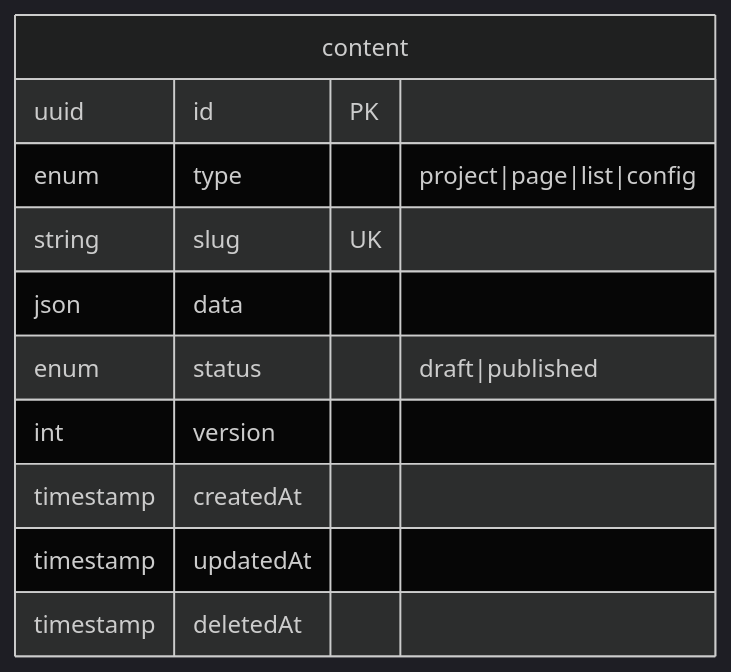
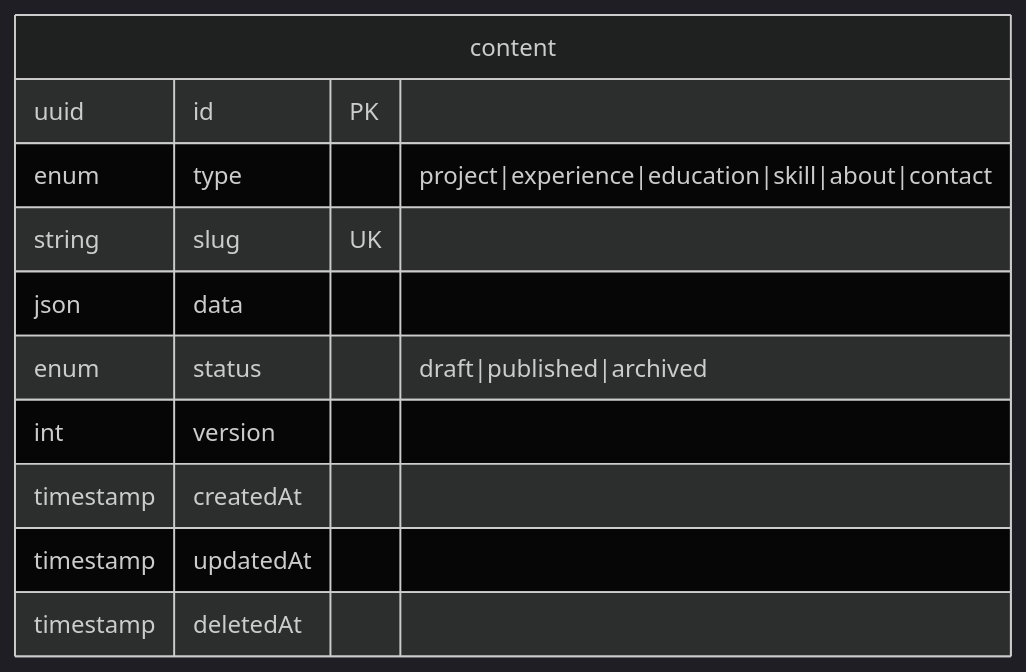
One commit to spencerjireh/portfolio-cms-express-backend-with-mcp-server changed the diagram in docs-site/architecture/content-model.md. Above: the diagram before and after it, drawn with Mermaid (dark theme). The commit also changed other lines of this file and 22 other files, not shown here.

````diff
--- a/docs-site/architecture/content-model.md
+++ b/docs-site/architecture/content-model.md
@@ -14,14 +14,14 @@
 ```mermaid
 erDiagram
     content {
         uuid id PK
-        enum type "project|page|list|config"
+        enum type "project|experience|education|skill|about|contact"
         string slug UK
         json data
-        enum status "draft|published"
+        enum status "draft|published|archived"
         int version
         timestamp createdAt
         timestamp updatedAt
         timestamp deletedAt
     }
 ```
````
